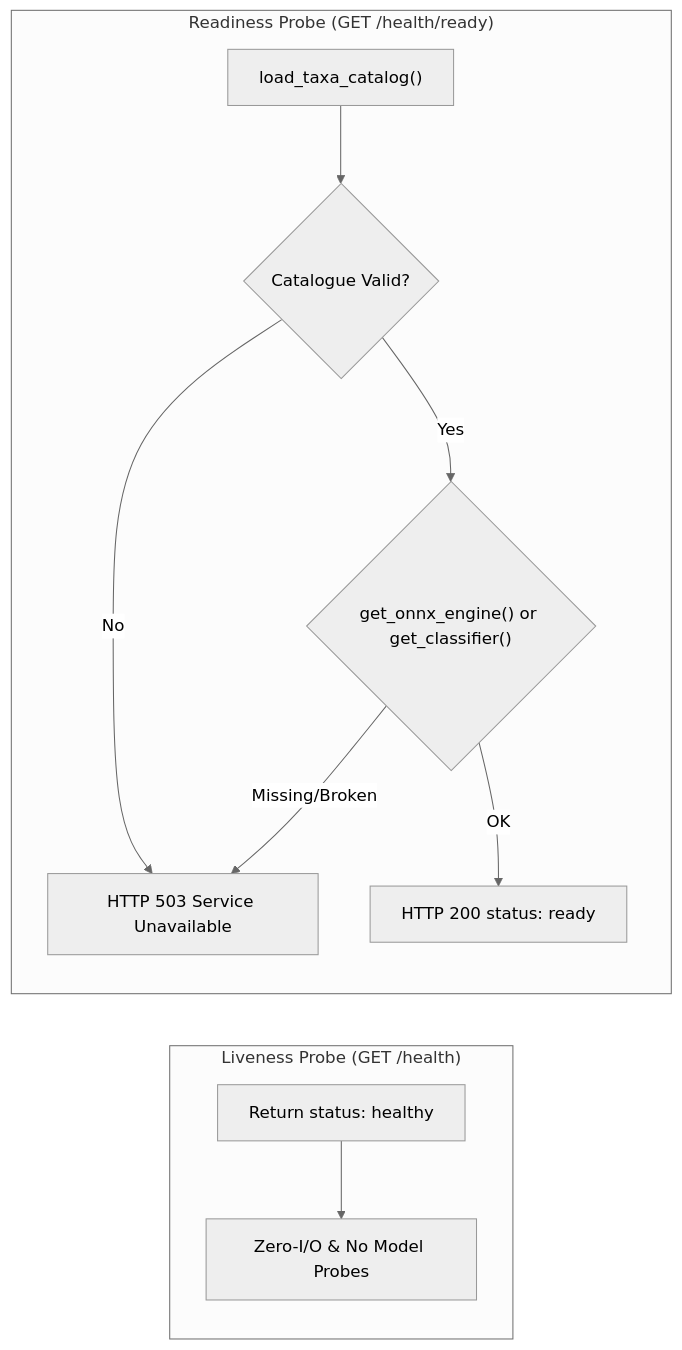
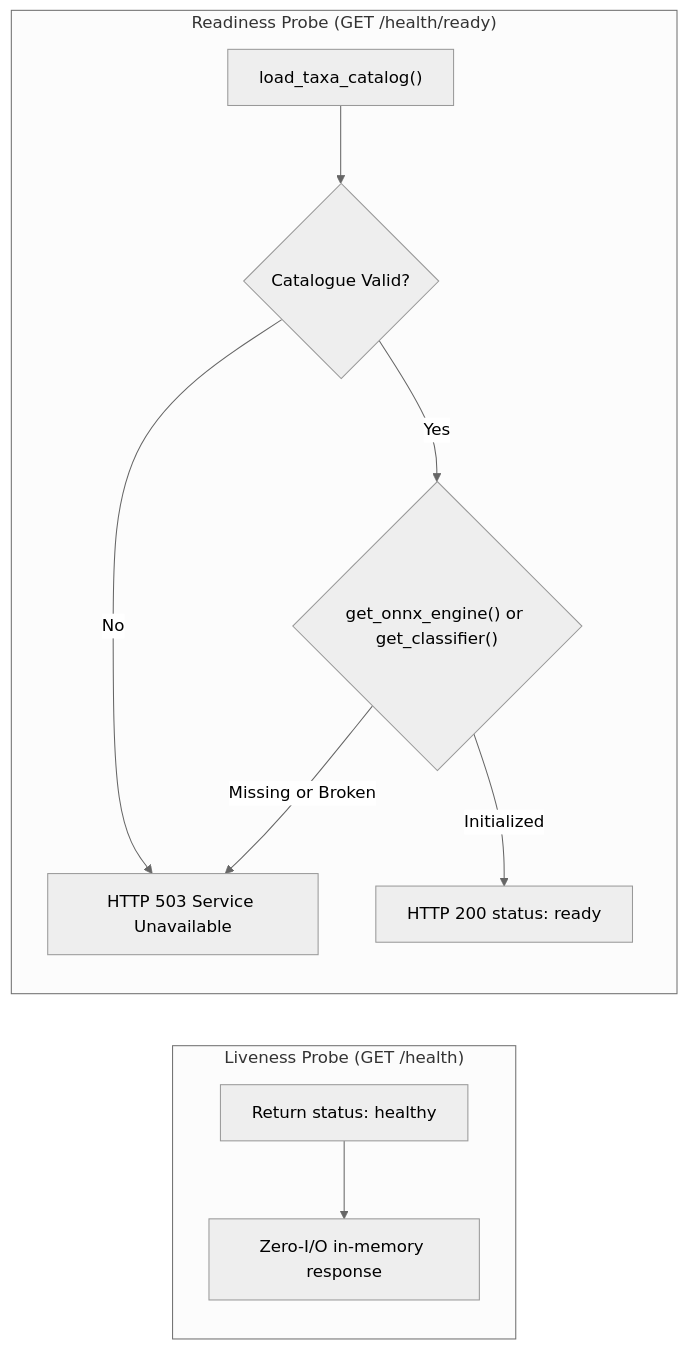
The third of 4 diagrams in openwiki/operations/service-and-api.md (foersben/taxon-vision-mlops), drawn with Mermaid (neutral theme) before and after one commit. The commit also changed other lines of this file and 27 other files, not shown here.

````diff
--- a/openwiki/operations/service-and-api.md
+++ b/openwiki/operations/service-and-api.md
@@ -263,14 +396,14 @@
 ```mermaid
 flowchart LR
     subgraph Liveness["Liveness Probe (GET /health)"]
-        L1["Return status: healthy"] --> L2["Zero-I/O & No Model Probes"]
+        L1["Return status: healthy"] --> L2["Zero-I/O in-memory response"]
     end
 
     subgraph Readiness["Readiness Probe (GET /health/ready)"]
         R1["load_taxa_catalog()"] --> R2{"Catalogue Valid?"}
         R2 -- No --> R_FAIL["HTTP 503 Service Unavailable"]
         R2 -- Yes --> R3{"get_onnx_engine() or get_classifier()"}
-        R3 -- Missing/Broken --> R_FAIL
-        R3 -- OK --> R_OK["HTTP 200 status: ready"]
+        R3 -- Missing or Broken --> R_FAIL
+        R3 -- Initialized --> R_OK["HTTP 200 status: ready"]
     end
 ```
````
